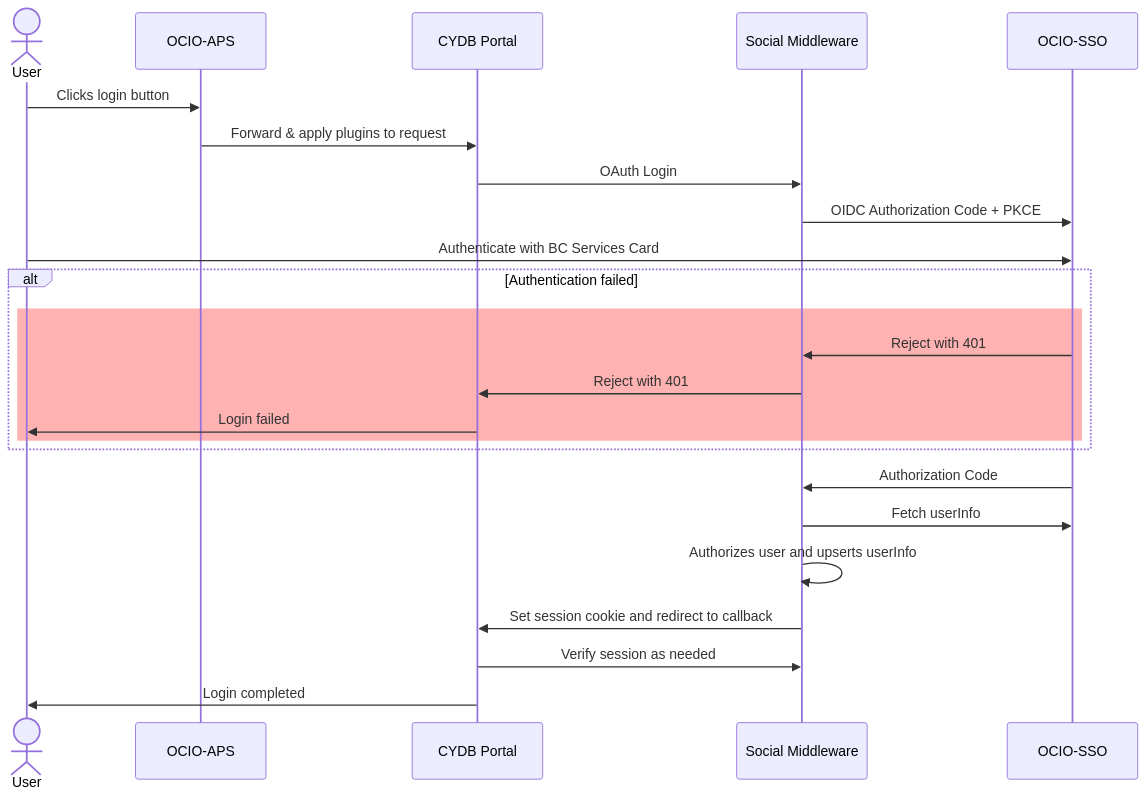
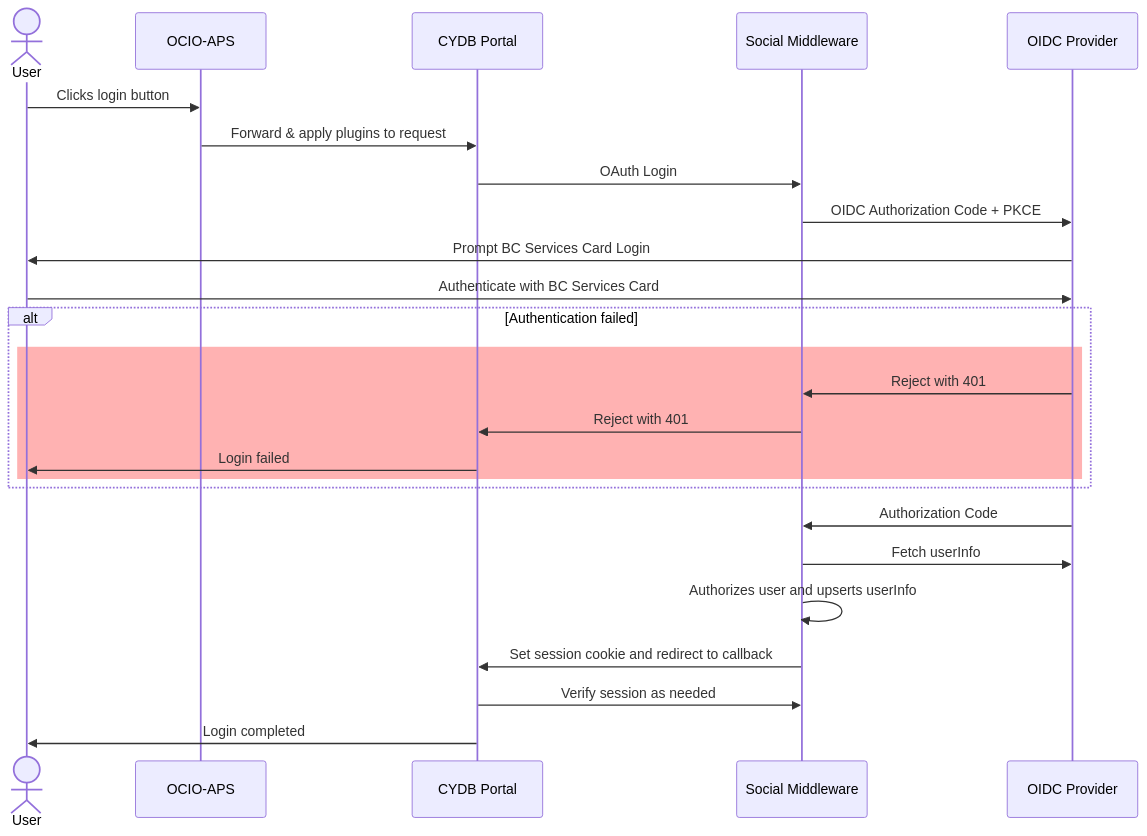
The diagram in docs/design/login-sequence.md (bcgov/cydb-portal), drawn with Mermaid before and after one commit.

Commit message:
Change SSO to OIDC provider

````diff
--- a/docs/design/login-sequence.md
+++ b/docs/design/login-sequence.md
@@ -1,29 +1,30 @@
 ```mermaid
 sequenceDiagram
     actor User
     participant portalProxy as OCIO-APS
     participant portal as CYDB Portal
     participant middle as Social Middleware
-    participant idBroker as OCIO-SSO
+    participant idBroker as OIDC Provider
 
     User->>portalProxy: Clicks login button
     portalProxy->>portal: Forward & apply plugins to request
     portal->>middle: OAuth Login
-    middle->>idBroker:OIDC Authorization Code + PKCE
+    middle->>idBroker: OIDC Authorization Code + PKCE
+    idBroker->>User: Prompt BC Services Card Login
     User->>idBroker: Authenticate with BC Services Card
 
     alt Authentication failed
         rect rgba(255, 0, 0, 0.3)
             idBroker->>middle: Reject with 401
             middle->>portal: Reject with 401
             portal->>User: Login failed
         end
     end
 
     idBroker->>middle: Authorization Code
     middle->>idBroker:Fetch userInfo
     middle->>middle: Authorizes user and upserts userInfo
     middle->>portal: Set session cookie and redirect to callback
     portal->>middle: Verify session as needed
     portal->>User: Login completed
 ```
````
